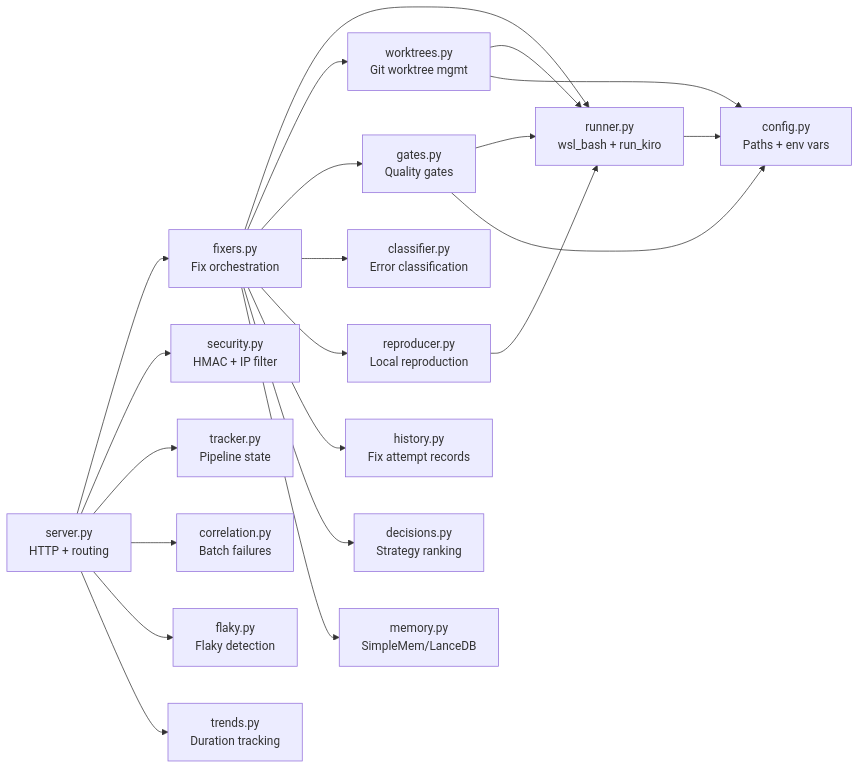
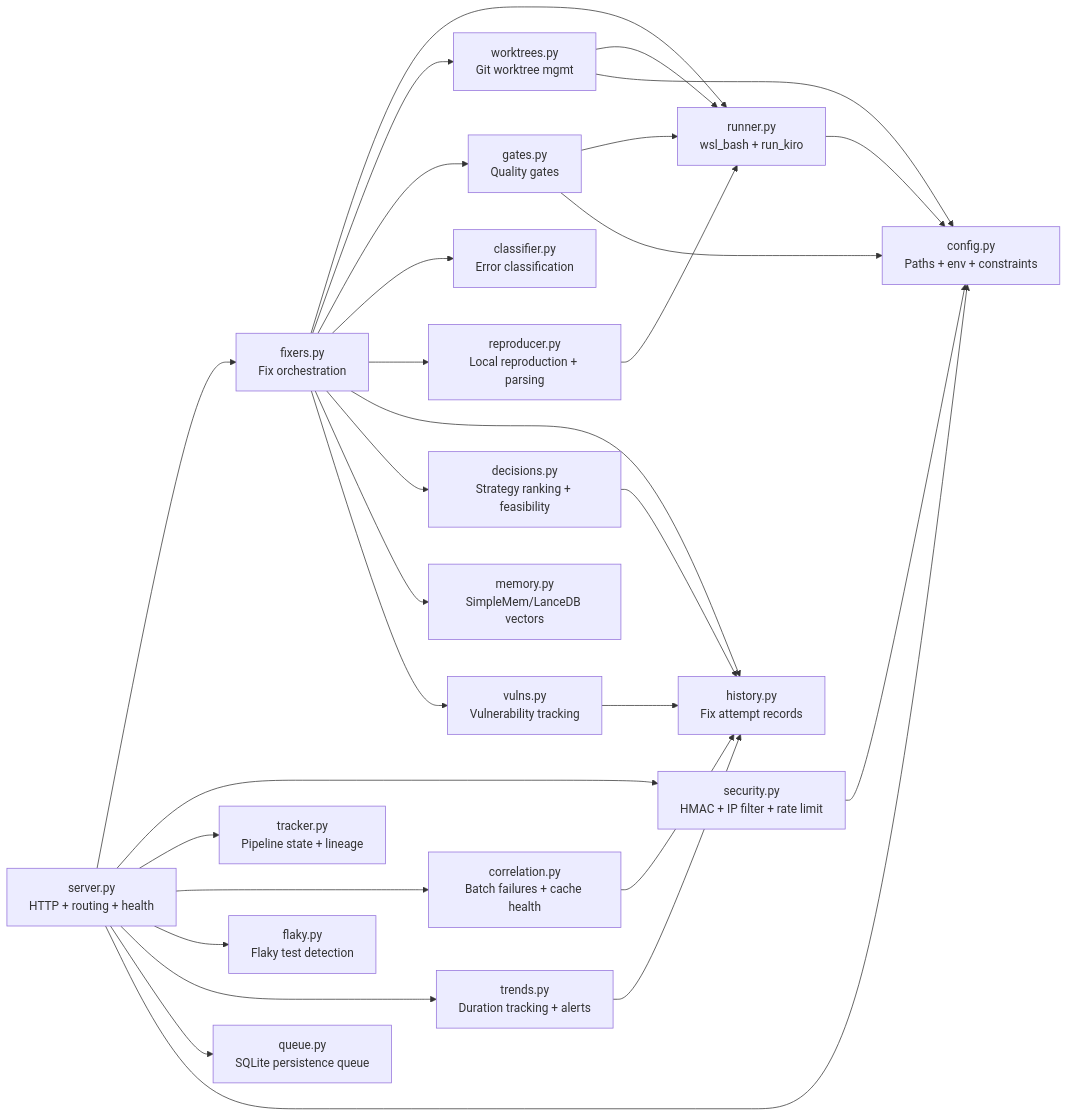
Before and after one commit to perezjoseph/Gestion-inmobiliaria: the fifth of 11 diagrams in scripts/quality_webhook/Architecture.md, drawn with Mermaid. The commit also changed other lines of this file and 6 other files, not shown here.

````diff
--- a/scripts/quality_webhook/Architecture.md
+++ b/scripts/quality_webhook/Architecture.md
@@ -165,26 +214,36 @@
 ```mermaid
 graph LR
-    server[server.py<br/>HTTP + routing] --> fixers[fixers.py<br/>Fix orchestration]
-    server --> security[security.py<br/>HMAC + IP filter]
-    server --> tracker[tracker.py<br/>Pipeline state]
-    server --> correlation[correlation.py<br/>Batch failures]
-    server --> flaky[flaky.py<br/>Flaky detection]
-    server --> trends[trends.py<br/>Duration tracking]
+    server[server.py<br/>HTTP + routing + health] --> fixers[fixers.py<br/>Fix orchestration]
+    server --> security[security.py<br/>HMAC + IP filter + rate limit]
+    server --> tracker[tracker.py<br/>Pipeline state + lineage]
+    server --> correlation[correlation.py<br/>Batch failures + cache health]
+    server --> flaky[flaky.py<br/>Flaky test detection]
+    server --> trends[trends.py<br/>Duration tracking + alerts]
+    server --> queue[queue.py<br/>SQLite persistence queue]
 
     fixers --> runner[runner.py<br/>wsl_bash + run_kiro]
     fixers --> worktrees[worktrees.py<br/>Git worktree mgmt]
     fixers --> gates[gates.py<br/>Quality gates]
     fixers --> classifier[classifier.py<br/>Error classification]
-    fixers --> reproducer[reproducer.py<br/>Local reproduction]
+    fixers --> reproducer[reproducer.py<br/>Local reproduction + parsing]
     fixers --> history[history.py<br/>Fix attempt records]
-    fixers --> decisions[decisions.py<br/>Strategy ranking]
-    fixers --> memory[memory.py<br/>SimpleMem/LanceDB]
+    fixers --> decisions[decisions.py<br/>Strategy ranking + feasibility]
+    fixers --> memory[memory.py<br/>SimpleMem/LanceDB vectors]
+    fixers --> vulns[vulns.py<br/>Vulnerability tracking]
 
     gates --> runner
     worktrees --> runner
     reproducer --> runner
 
-    runner --> config[config.py<br/>Paths + env vars]
+    correlation --> history
+    decisions --> history
+    trends --> history
+    vulns --> history
+
+    runner --> config[config.py<br/>Paths + env + constraints]
     worktrees --> config
     gates --> config
+    security --> config
+    server --> config
+
 ```
````
